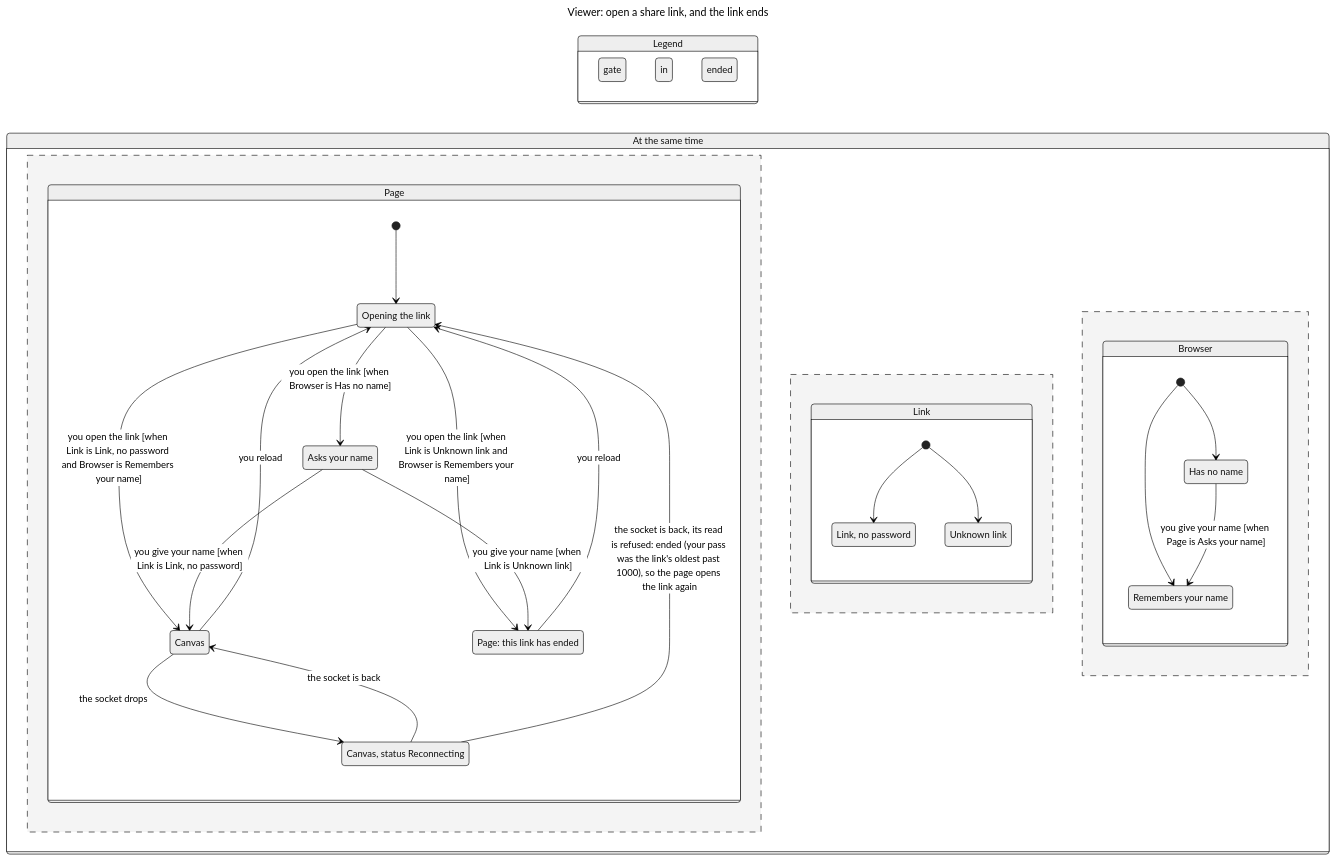
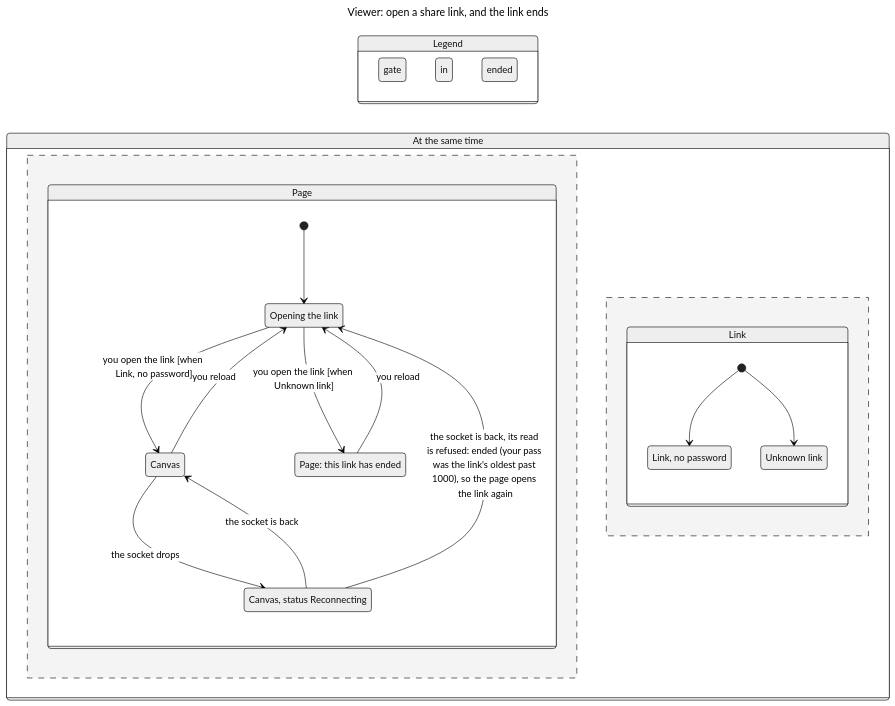
The diagram in docs/statecharts/viewer-gate-open.md (lagz0ne/easel), drawn with Mermaid (neutral theme) before and after one commit. The commit also changed other lines of this file and 23 other files, not shown here.

First line of the commit message:
feat(viewer): the share link page asks no name; share.open takes an optional name, and the page sends the name this browser kept

````diff
--- a/docs/statecharts/viewer-gate-open.md
+++ b/docs/statecharts/viewer-gate-open.md
@@ -20,56 +19,42 @@
 ```mermaid
 ---
 title: "Viewer: open a share link, and the link ends"
 ---
 stateDiagram-v2
   direction LR
   state "Legend" as legend {
     lg0: gate
     lg1: in
     lg2: ended
   }
   class lg0 yellow
   class lg1 teal
   class lg2 pink
   state "At the same time" as all {
     state "Page" as r0 {
       s0: Opening the link
       s1: Canvas
-      s2: Asks your name
-      s3: Page: this link has ended
-      s4: Canvas, status Reconnecting
+      s2: Page: this link has ended
+      s3: Canvas, status Reconnecting
       [*] --> s0
-      s0 --> s2: you open the link [when Browser is Has no name]
-      s0 --> s1: you open the link [when Link is Link, no password and Browser is Remembers your name]
-      s0 --> s3: you open the link [when Link is Unknown link and Browser is Remembers your name]
-      s1 --> s4: the socket drops
+      s0 --> s1: you open the link [when Link, no password]
+      s0 --> s2: you open the link [when Unknown link]
+      s1 --> s3: the socket drops
       s1 --> s0: you reload
-      s2 --> s1: you give your name [when Link is Link, no password]
-      s2 --> s3: you give your name [when Link is Unknown link]
-      s3 --> s0: you reload
-      s4 --> s1: the socket is back
-      s4 --> s0: the socket is back, its read is refused: ended (your pass was the link's oldest past 1000), so the page opens the link again
+      s2 --> s0: you reload
+      s3 --> s1: the socket is back
+      s3 --> s0: the socket is back, its read is refused: ended (your pass was the link's oldest past 1000), so the page opens the link again
     }
     --
     state "Link" as r1 {
-      s5: Link, no password
-      s6: Unknown link
+      s4: Link, no password
+      s5: Unknown link
+      [*] --> s4
       [*] --> s5
-      [*] --> s6
-    }
-    --
-    state "Browser" as r2 {
-      s7: Has no name
-      s8: Remembers your name
-      [*] --> s7
-      [*] --> s8
-      s7 --> s8: you give your name [when Page is Asks your name]
     }
   }
   class s0 yellow
   class s1 teal
-  class s2 yellow
-  class s3 pink
-  class s4 teal
-  class s7 yellow
+  class s2 pink
+  class s3 teal
 ```
````
